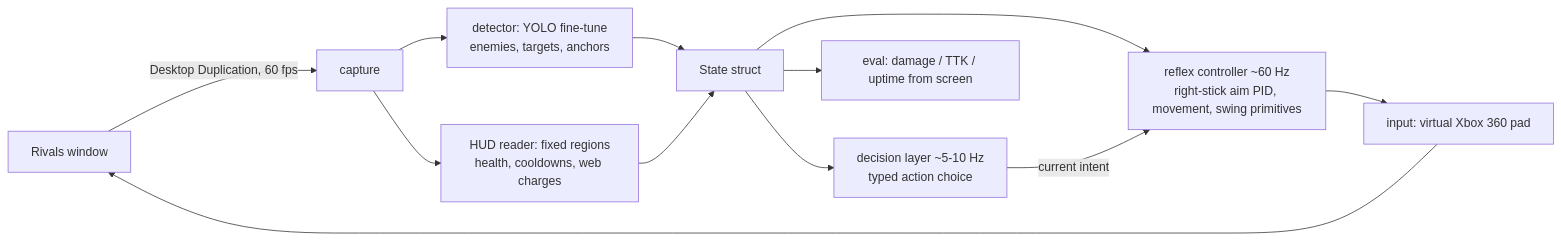
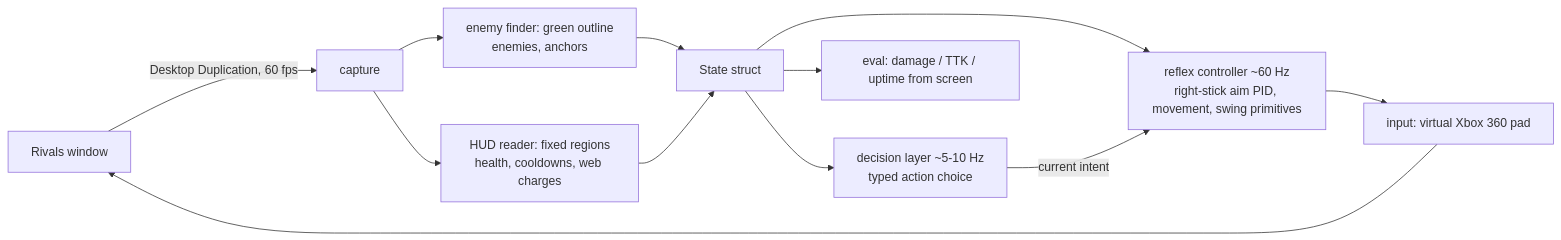
Before and after one commit to Volpestyle/rivals-agent: the diagram in docs/plan.md, drawn with Mermaid. The commit also changed other lines of this file and 59 other files, not shown here.

````diff
--- a/docs/plan.md
+++ b/docs/plan.md
@@ -176,14 +180,14 @@
 ```mermaid
 flowchart LR
   G[Rivals window] -->|Desktop Duplication, 60 fps| C[capture]
-  C --> D[detector: YOLO fine-tune<br/>enemies, targets, anchors]
+  C --> D[enemy finder: green outline<br/>enemies, anchors]
   C --> H[HUD reader: fixed regions<br/>health, cooldowns, web charges]
   D --> S[State struct]
   H --> S
   S --> R[reflex controller ~60 Hz<br/>right-stick aim PID, movement, swing primitives]
   S --> P[decision layer ~5-10 Hz<br/>typed action choice]
   P -->|current intent| R
   R --> I[input: virtual Xbox 360 pad]
   I --> G
   S --> E[eval: damage / TTK / uptime from screen]
 ```
````
